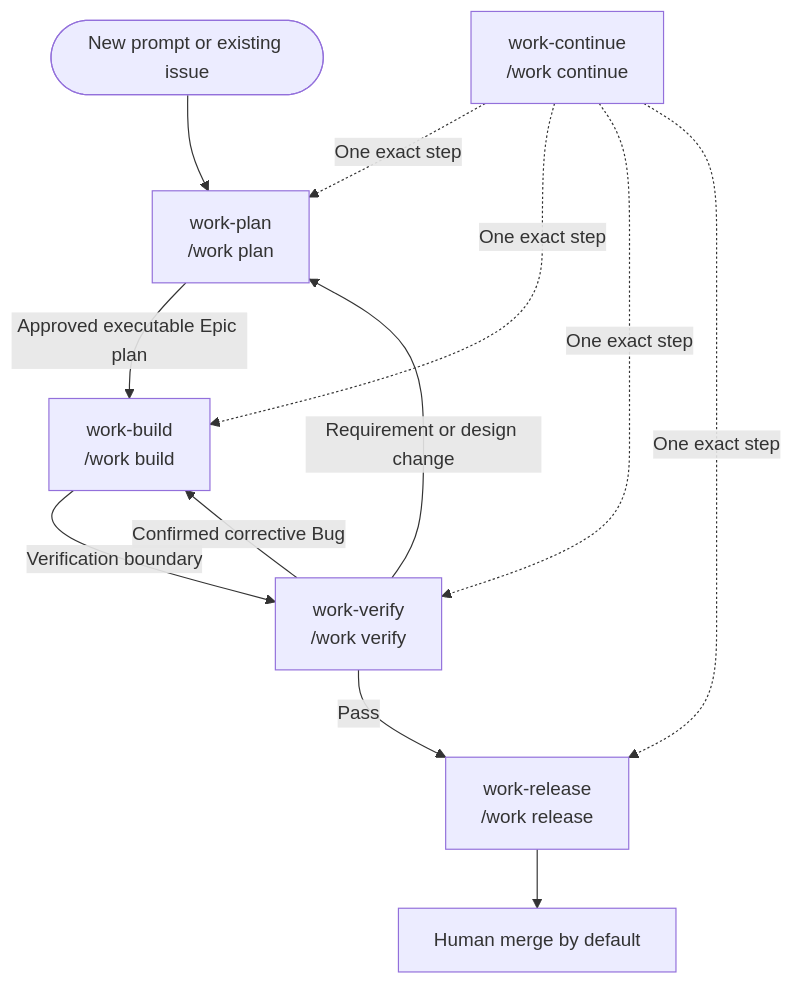
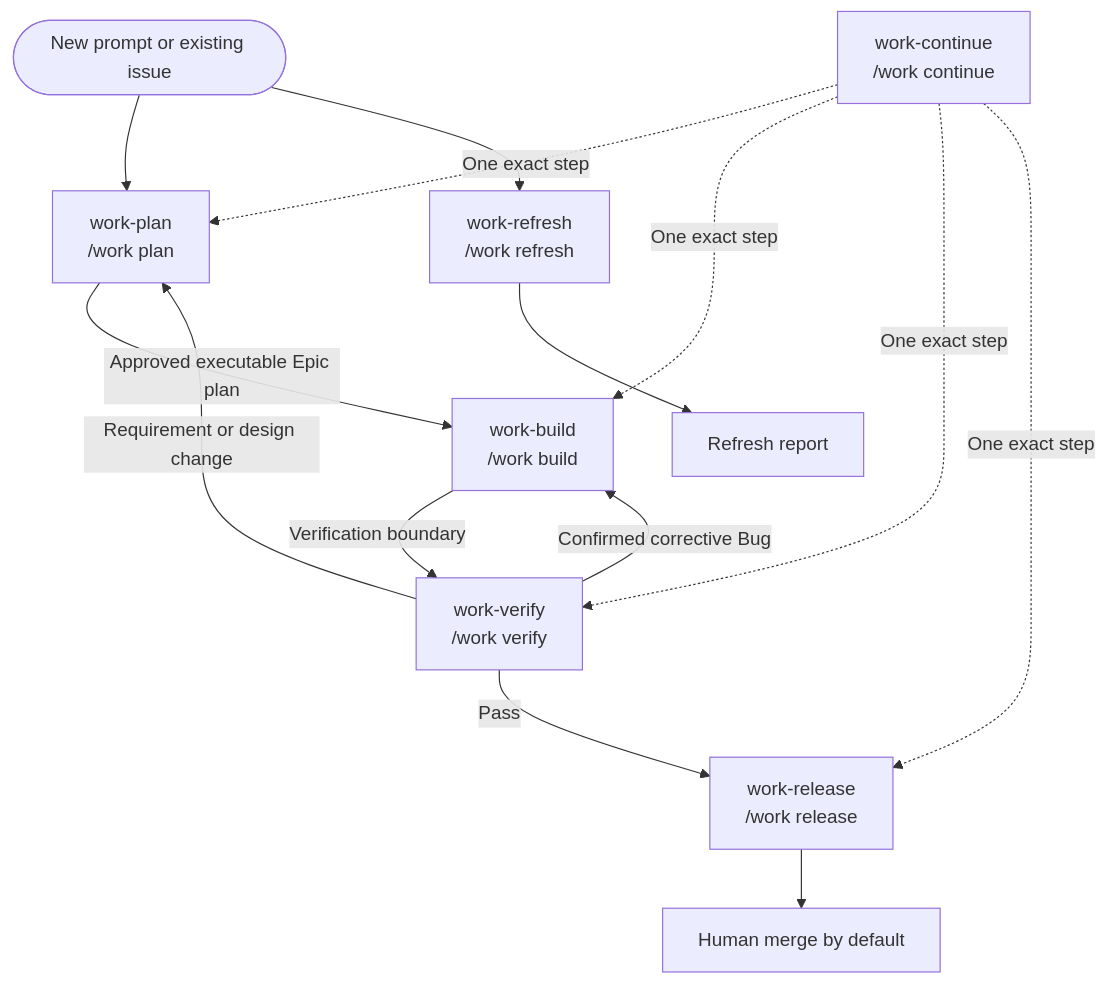
One commit to dragoscirjan/harnessctl-v2 changed the second of 3 diagrams in FLOWS.md. Above: the diagram before and after it, drawn with Mermaid. The commit also changed other lines of this file and 52 other files, not shown here.

Commit message:
feat: add bounded work-refresh reconciliation

````diff
--- a/FLOWS.md
+++ b/FLOWS.md
@@ -50,16 +53,18 @@
 ```mermaid
 flowchart TD
-    accTitle: Epic-first five-command lifecycle
-    accDescr: Plan creates or resolves one Epic and obtains plan approval, Build performs bounded work, Verify sends confirmed defects back to Build or passes to Release, and Continue resumes one exact step without crossing phases.
+    accTitle: Epic-first lifecycle and standalone refresh
+    accDescr: Plan through Release and Continue coordinate one Epic, while Refresh reconciles repository context and reports without entering the lifecycle.
     request([New prompt or existing issue]) --> plan["work-plan<br/>/work plan"]
+    request --> refresh["work-refresh<br/>/work refresh"]
+    refresh --> refreshReport[Refresh report]
     plan -->|Approved executable Epic plan| build["work-build<br/>/work build"]
     build -->|Verification boundary| verify["work-verify<br/>/work verify"]
     verify -->|Confirmed corrective Bug| build
     verify -->|Requirement or design change| plan
     verify -->|Pass| release["work-release<br/>/work release"]
     release --> human[Human merge by default]
     continueWork["work-continue<br/>/work continue"] -. "One exact step" .-> plan
     continueWork -. "One exact step" .-> build
     continueWork -. "One exact step" .-> verify
     continueWork -. "One exact step" .-> release
 ```
````
